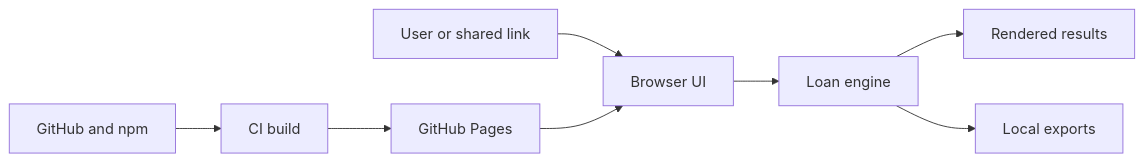
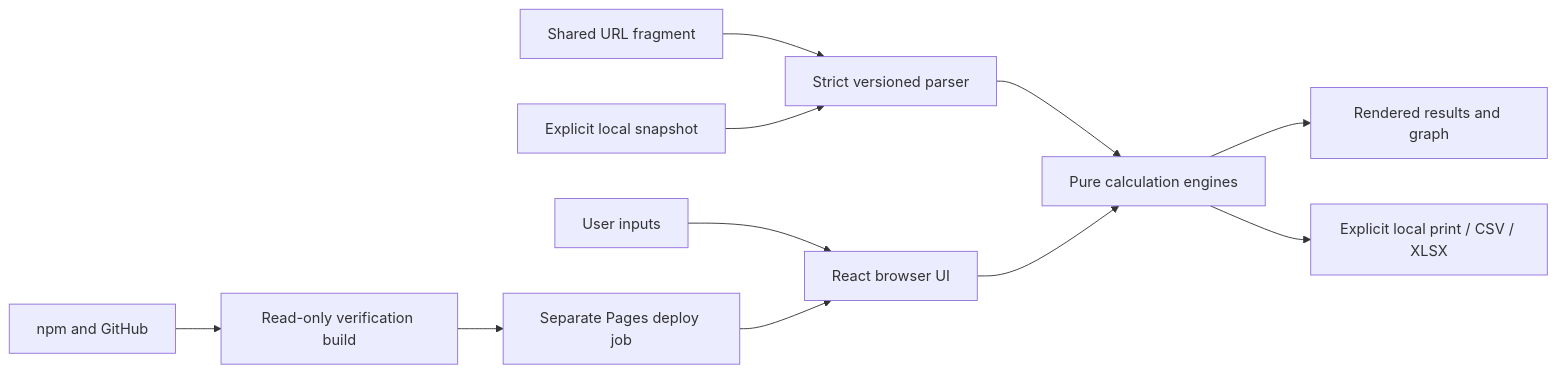
One commit to anmolgarg126/loan_emi_calculator changed the diagram in loan_emi_calculator-threat-model.md. Above: the diagram before and after it, drawn with Mermaid. The commit also changed other lines of this file and 4 other files, not shown here.

````diff
--- a/loan_emi_calculator-threat-model.md
+++ b/loan_emi_calculator-threat-model.md
@@ -41,10 +14,13 @@
 ```mermaid
 flowchart LR
-  U["User or shared link"] --> B["Browser UI"]
-  B --> E["Loan engine"]
-  E --> R["Rendered results"]
-  E --> X["Local exports"]
-  G["GitHub and npm"] --> C["CI build"]
-  C --> P["GitHub Pages"]
-  P --> B
+  U["User inputs"] --> UI["React browser UI"]
+  L["Shared URL fragment"] --> P["Strict versioned parser"]
+  S["Explicit local snapshot"] --> P
+  P --> E["Pure calculation engines"]
+  UI --> E
+  E --> R["Rendered results and graph"]
+  E --> X["Explicit local print / CSV / XLSX"]
+  G["npm and GitHub"] --> C["Read-only verification build"]
+  C --> D["Separate Pages deploy job"]
+  D --> UI
 ```
````
